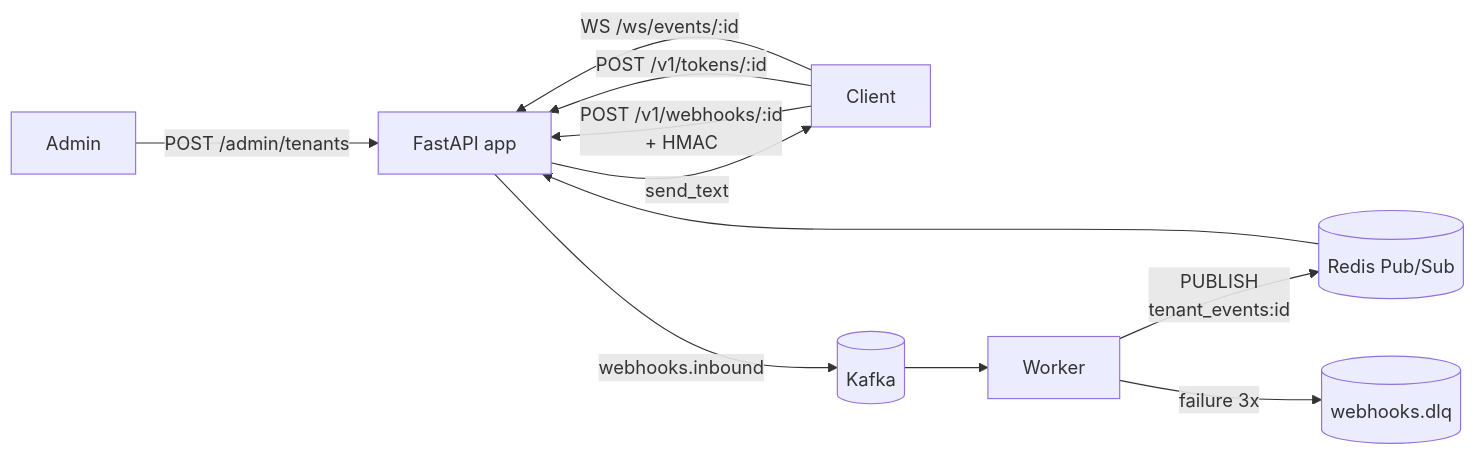
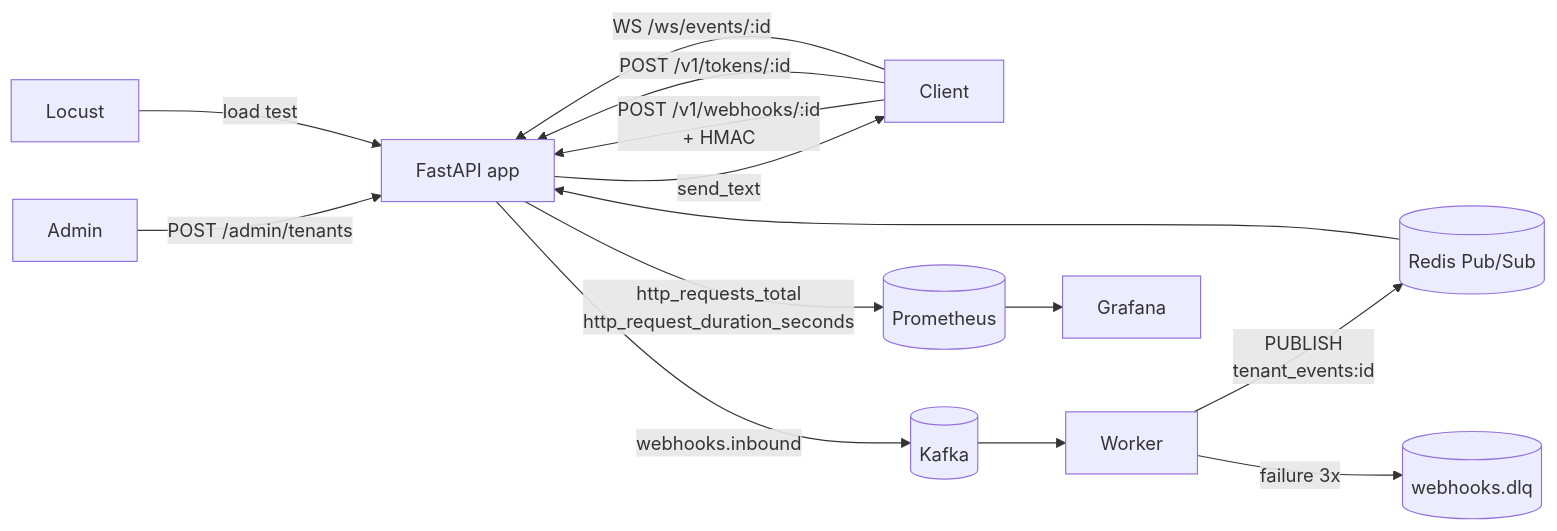
One commit to gbiumdonadon/easyhooks changed the diagram in README.md. Above: the diagram before and after it, drawn with Mermaid. The commit also changed other lines of this file and 54 other files, not shown here.

````diff
--- a/README.md
+++ b/README.md
@@ -29,13 +30,16 @@
 ```mermaid
 flowchart LR
     Admin[Admin] -->|"POST /admin/tenants"| API[FastAPI app]
     Client[Client] -->|"POST /v1/webhooks/:id<br/>+ HMAC"| API
+    API -->|"http_requests_total\nhttp_request_duration_seconds"| Prometheus[(Prometheus)]
     API -->|"webhooks.inbound"| Kafka[(Kafka)]
     Kafka --> Worker[Worker]
     Worker -->|"PUBLISH<br/>tenant_events:id"| Redis[(Redis Pub/Sub)]
     Worker -->|"failure 3x"| DLQ[(webhooks.dlq)]
     Client -->|"POST /v1/tokens/:id"| API
     Client -->|"WS /ws/events/:id"| API
     Redis --> API
     API -->|"send_text"| Client
+    Prometheus --> Grafana[Grafana]
+    Locust[Locust] -->|"load test"| API
 ```
````
